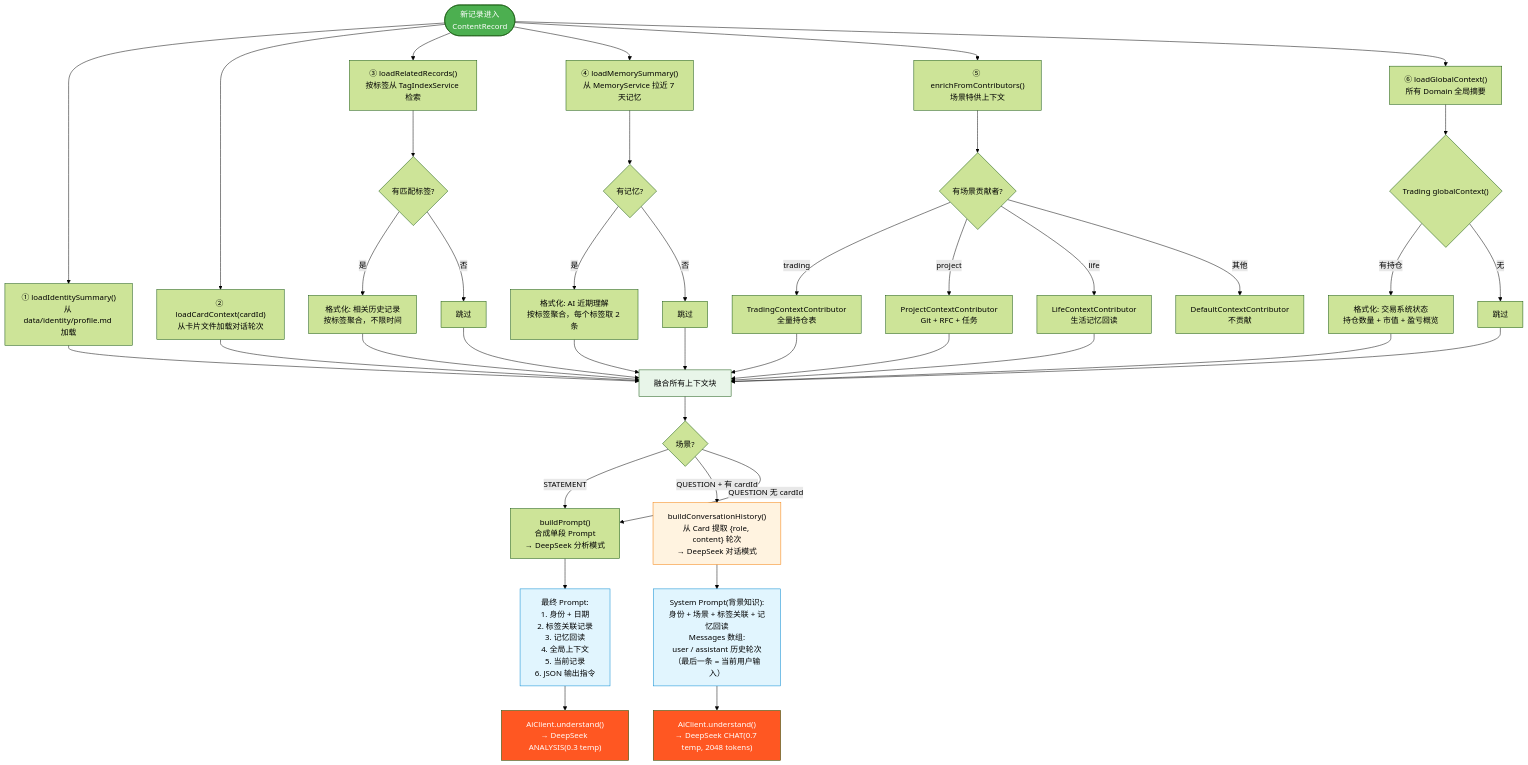
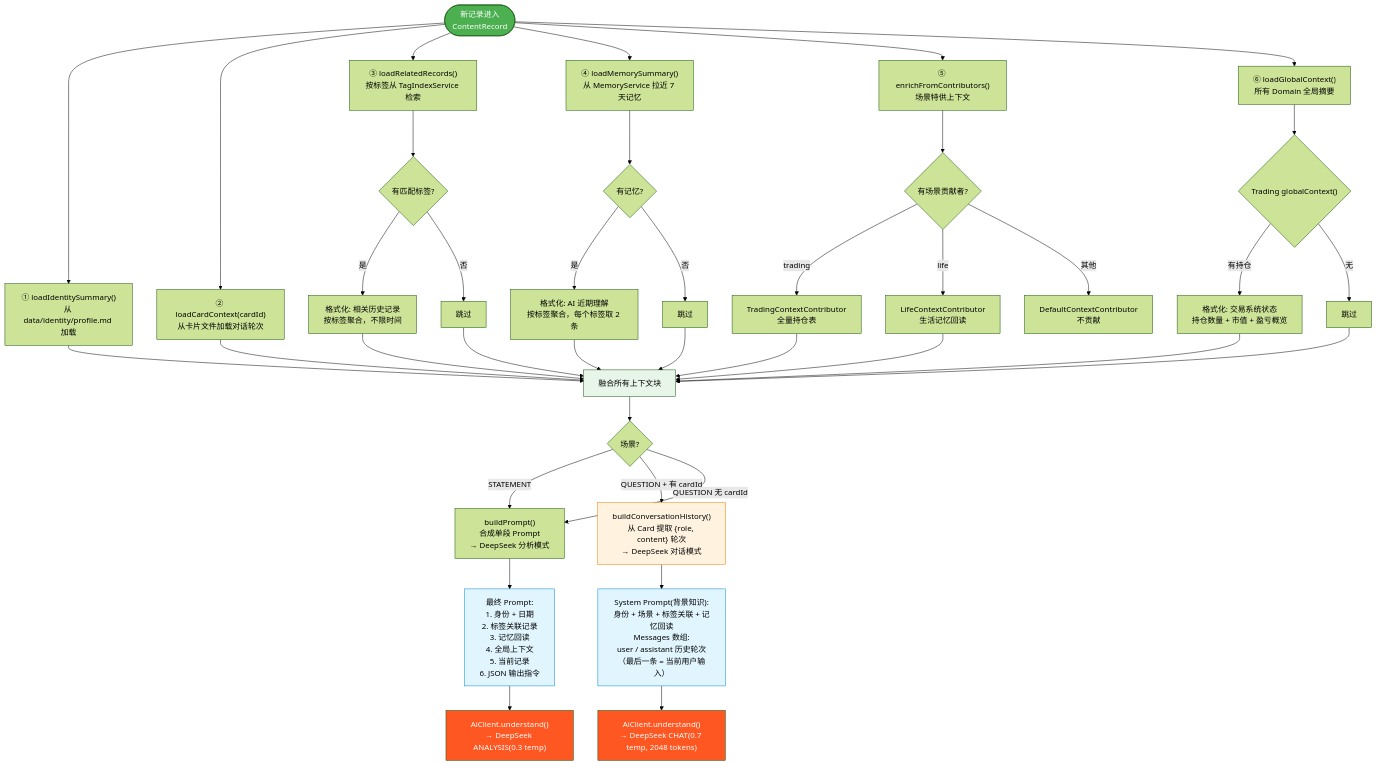
Before and after one commit to adaios/adaios: the third of 4 diagrams in docs/architecture/system-architecture.md, drawn with Mermaid (forest theme). The commit also changed other lines of this file and 120 other files, not shown here.

First line of the commit message:
feat(core): 待办归 Kernel builtin + 撤 project 插件（RFC 20260917）

````diff
--- a/docs/architecture/system-architecture.md
+++ b/docs/architecture/system-architecture.md
@@ -165,58 +161,56 @@
 ```mermaid
 flowchart TD
     Start(["新记录进入<br/>ContentRecord"]) --> LoadIdentity["① loadIdentitySummary()<br/>从 data/identity/profile.md 加载"]
     Start --> LoadCard["② loadCardContext(cardId)<br/>从卡片文件加载对话轮次"]
     Start --> LoadRelated["③ loadRelatedRecords()<br/>按标签从 TagIndexService 检索"]
     Start --> LoadMemory["④ loadMemorySummary()<br/>从 MemoryService 拉近 7 天记忆"]
     Start --> LoadDomain["⑤ enrichFromContributors()<br/>场景特供上下文"]
     Start --> LoadGlobal["⑥ loadGlobalContext()<br/>所有 Domain 全局摘要"]
 
     LoadRelated --> RelatedDetail{"有匹配标签?"}
     RelatedDetail -->|是| FormatRelated["格式化: 相关历史记录<br/>按标签聚合，不限时间"]
     RelatedDetail -->|否| SkipRelated["跳过"]
 
     LoadMemory --> MemDetail{"有记忆?"}
     MemDetail -->|是| FormatMem["格式化: AI 近期理解<br/>按标签聚合，每个标签取 2 条"]
     MemDetail -->|否| SkipMem["跳过"]
 
     LoadDomain --> DomainDetail{"有场景贡献者?"}
     DomainDetail -->|trading| TradingCtx["TradingContextContributor<br/>全量持仓表"]
-    DomainDetail -->|project| ProjectCtx["ProjectContextContributor<br/>Git + RFC + 任务"]
     DomainDetail -->|life| LifeCtx["LifeContextContributor<br/>生活记忆回读"]
     DomainDetail -->|其他| DefaultCtx["DefaultContextContributor<br/>不贡献"]
 
     LoadGlobal --> GlobalCtx{"Trading globalContext()"}
     GlobalCtx -->|有持仓| FormatGlobal["格式化: 交易系统状态<br/>持仓数量 + 市值 + 盈亏概览"]
     GlobalCtx -->|无| SkipGlobal["跳过"]
 
     FormatRelated --> Merge["融合所有上下文块"]
     FormatMem --> Merge
     TradingCtx --> Merge
-    ProjectCtx --> Merge
     LifeCtx --> Merge
     FormatGlobal --> Merge
     LoadIdentity --> Merge
     LoadCard --> Merge
     SkipRelated --> Merge
     SkipMem --> Merge
     SkipGlobal --> Merge
 
     Merge --> SceneSplit{"场景?"}
     SceneSplit -->|STATEMENT| Analysis["buildPrompt()<br/>合成单段 Prompt<br/>→ DeepSeek 分析模式"]
     SceneSplit -->|QUESTION + 有 cardId| BuildChat["buildConversationHistory()<br/>从 Card 提取 {role, content} 轮次<br/>→ DeepSeek 对话模式"]
     SceneSplit -->|QUESTION 无 cardId| Analysis
 
     Analysis --> AnalysisResult["最终 Prompt:<br/>1. 身份 + 日期<br/>2. 标签关联记录<br/>3. 记忆回读<br/>4. 全局上下文<br/>5. 当前记录<br/>6. JSON 输出指令"]
     BuildChat --> ChatResult["System Prompt(背景知识):<br/>身份 + 场景 + 标签关联 + 记忆回读<br/>Messages 数组:<br/>user / assistant 历史轮次<br/>（最后一条 = 当前用户输入）"]
 
     AnalysisResult --> AI["AiClient.understand()<br/>→ DeepSeek ANALYSIS(0.3 temp)"]
     ChatResult --> AI2["AiClient.understand()<br/>→ DeepSeek CHAT(0.7 temp, 2048 tokens)"]
 
     style Start fill:#4caf50,color:#fff
     style AI fill:#ff5722,color:#fff
     style AI2 fill:#ff5722,color:#fff
     style AnalysisResult fill:#e1f5fe,stroke:#0288d1
     style ChatResult fill:#e1f5fe,stroke:#0288d1
     style BuildChat fill:#fff3e0,stroke:#f57c00
     style Merge fill:#e8f5e9
 ```
````
